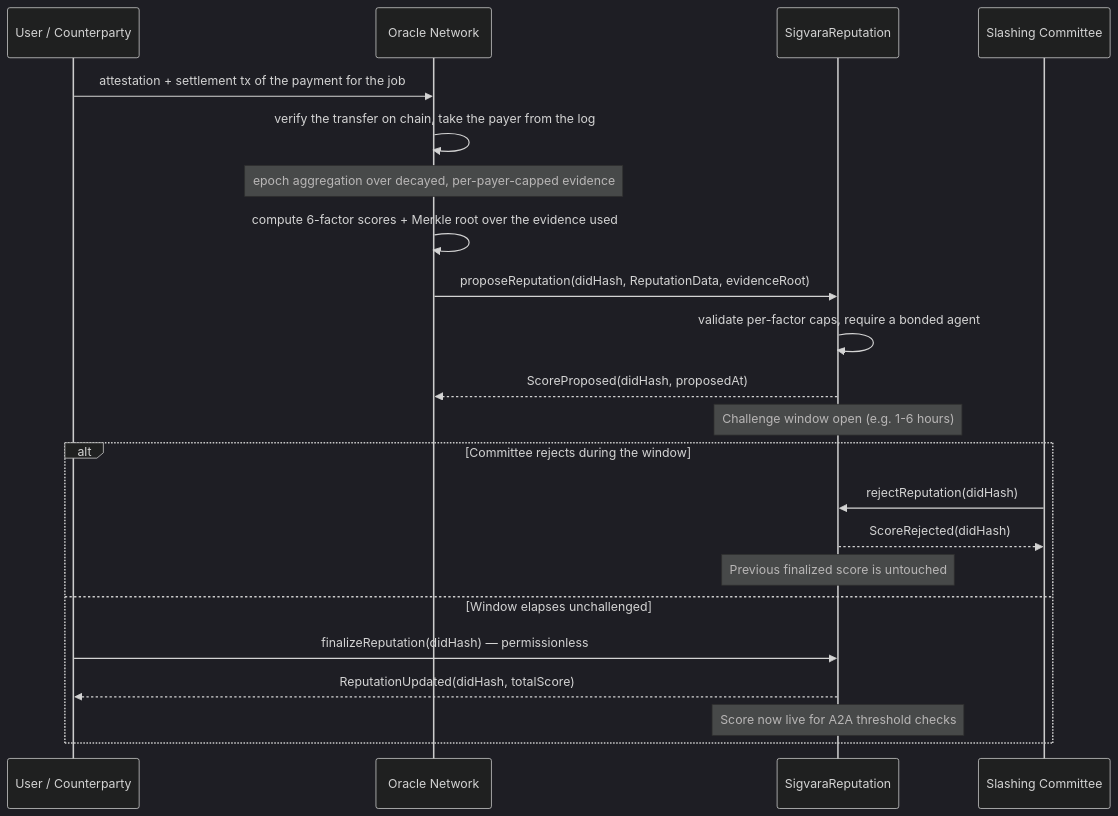
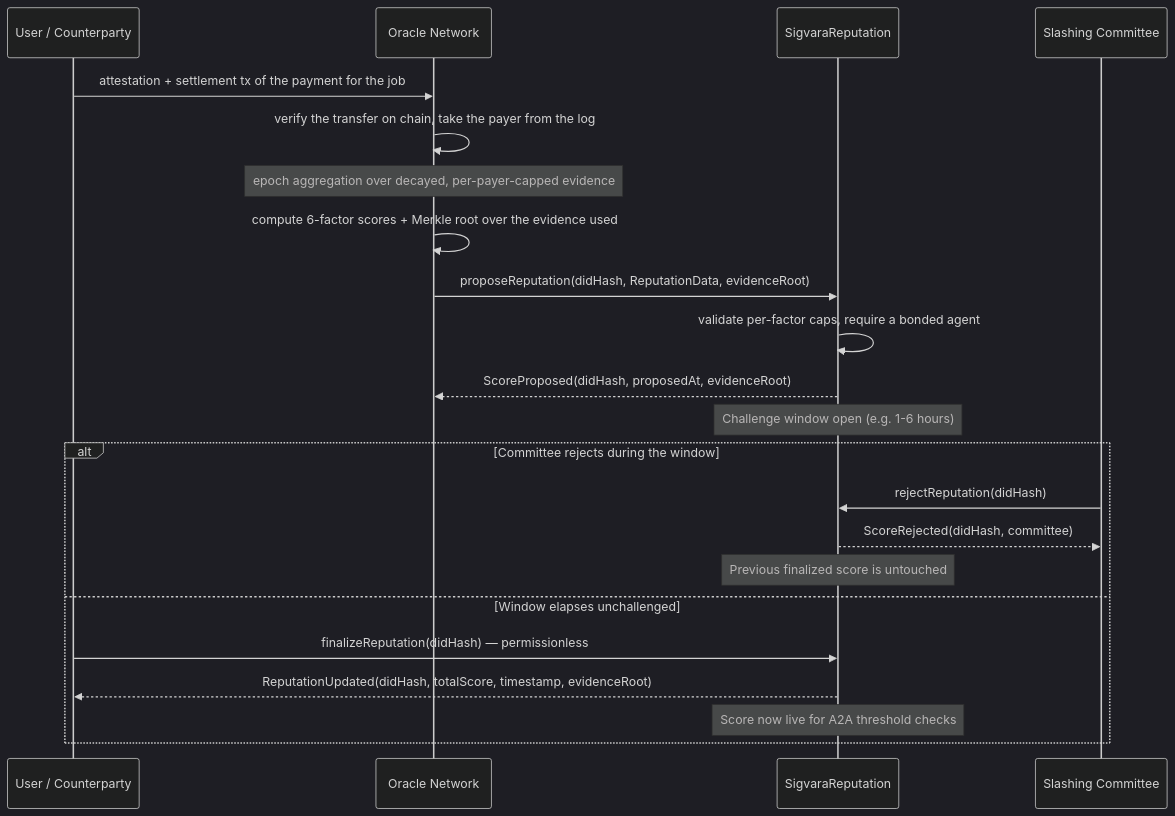
Before and after one commit to RunTimeAdmin/Sigvara: the sixth of 6 diagrams in README.md, drawn with Mermaid (dark theme). The commit also changed other lines of this file and 15 other files, not shown here.

````diff
--- a/README.md
+++ b/README.md
@@ -338,26 +338,26 @@
 ```mermaid
 sequenceDiagram
     participant UC as User / Counterparty
     participant OR as Oracle Network
     participant REP as SigvaraReputation
     participant CM as Slashing Committee
 
     UC->>OR: attestation + settlement tx of the payment for the job
     OR->>OR: verify the transfer on chain, take the payer from the log
     Note over OR: epoch aggregation over decayed, per-payer-capped evidence
     OR->>OR: compute 6-factor scores + Merkle root over the evidence used
     OR->>REP: proposeReputation(didHash, ReputationData, evidenceRoot)
     REP->>REP: validate per-factor caps, require a bonded agent
-    REP-->>OR: ScoreProposed(didHash, proposedAt)
+    REP-->>OR: ScoreProposed(didHash, proposedAt, evidenceRoot)
     Note over REP: Challenge window open (e.g. 1-6 hours)
 
     alt Committee rejects during the window
         CM->>REP: rejectReputation(didHash)
-        REP-->>CM: ScoreRejected(didHash)
+        REP-->>CM: ScoreRejected(didHash, committee)
         Note over REP: Previous finalized score is untouched
     else Window elapses unchallenged
         UC->>REP: finalizeReputation(didHash) — permissionless
-        REP-->>UC: ReputationUpdated(didHash, totalScore)
+        REP-->>UC: ReputationUpdated(didHash, totalScore, timestamp, evidenceRoot)
         Note over REP: Score now live for A2A threshold checks
     end
 ```
````
